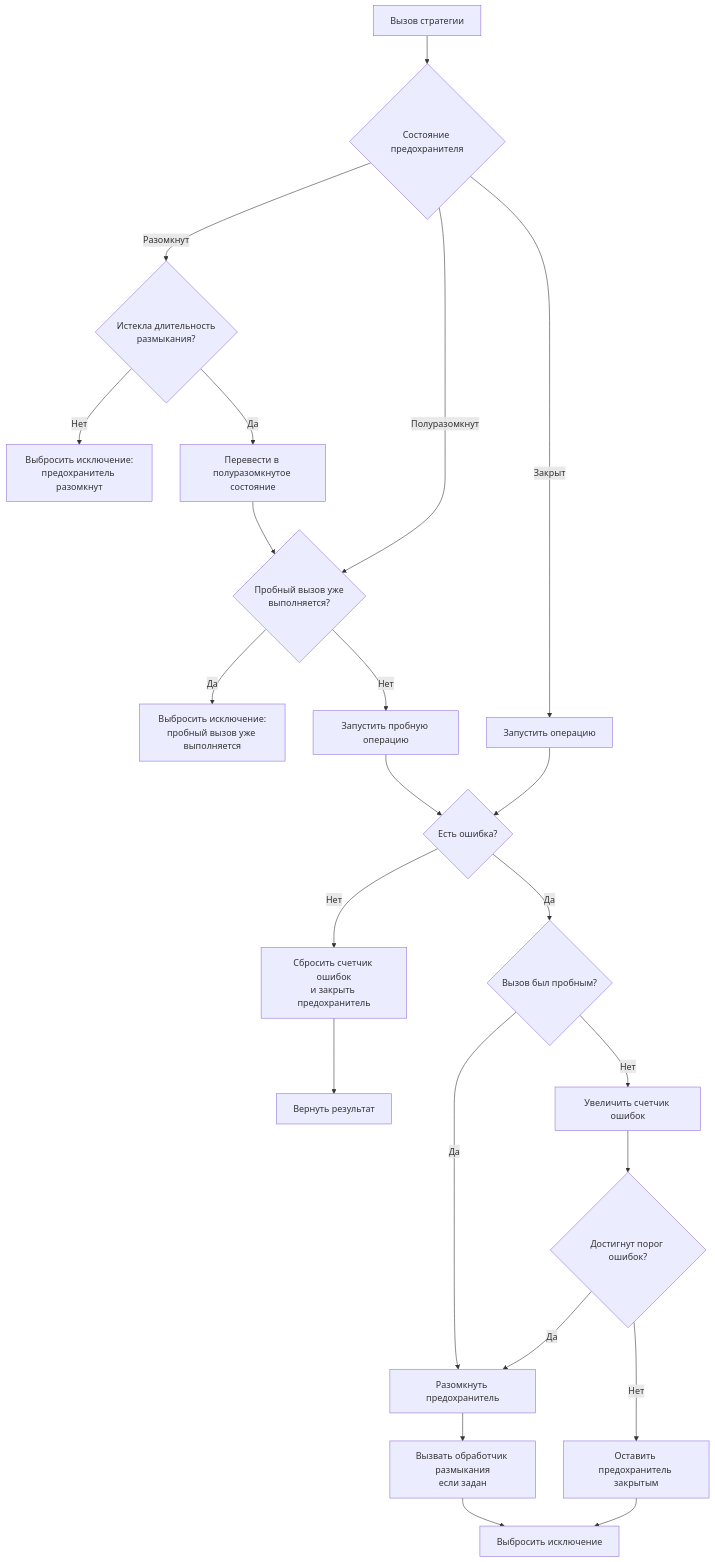
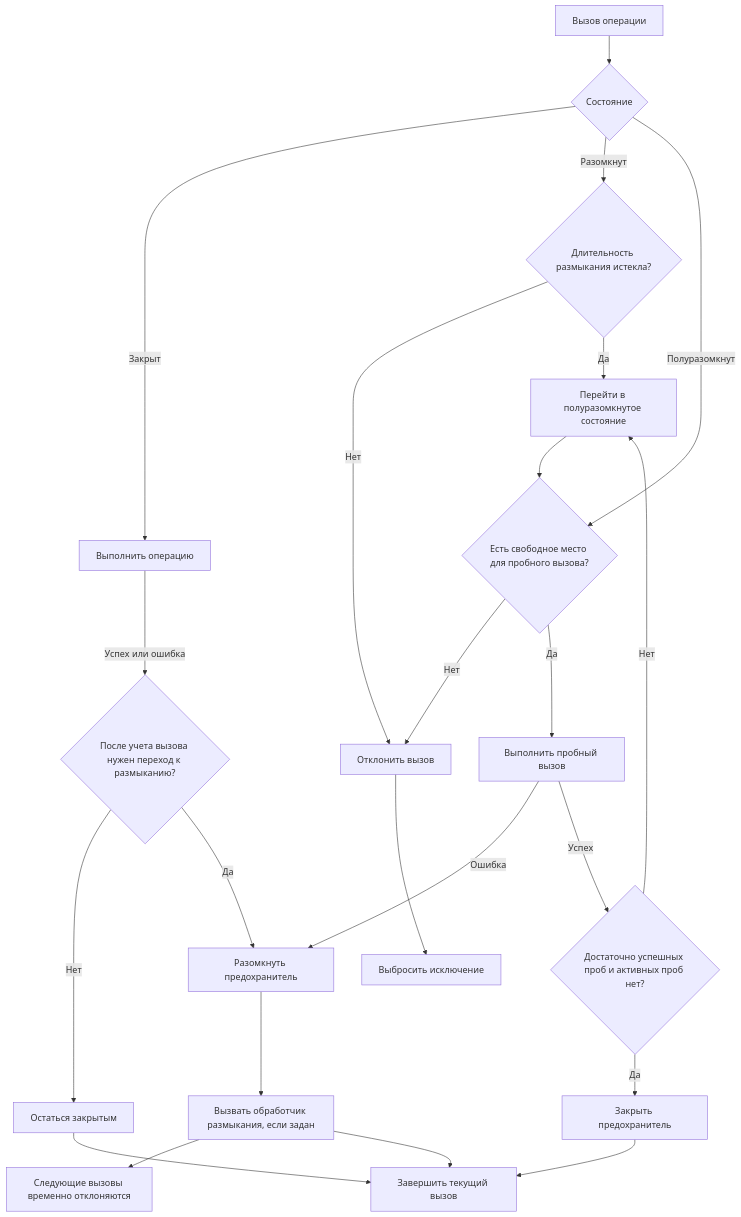
The diagram in docs/СтратегияПредохранителя.md (Stivo182/oscript-resilience), drawn with Mermaid before and after one commit. The commit also changed other lines of this file and 18 other files, not shown here.

First line of the commit message:
feat: Расширить стратегию предохранителя оконной оценкой ошибок и управляемыми пробными вызовами

````diff
--- a/docs/СтратегияПредохранителя.md
+++ b/docs/СтратегияПредохранителя.md
@@ -62,25 +42,30 @@
 ```mermaid
 flowchart TD
-    A[Вызов стратегии] --> B{Состояние предохранителя}
-    B -- Разомкнут --> C{Истекла длительность<br/>размыкания?}
-    C -- Нет --> D[Выбросить исключение:<br/>предохранитель разомкнут]
-    C -- Да --> E[Перевести в полуразомкнутое состояние]
-    E --> F{Пробный вызов уже<br/>выполняется?}
-    B -- Полуразомкнут --> F
-    F -- Да --> G[Выбросить исключение:<br/>пробный вызов уже выполняется]
-    F -- Нет --> H[Запустить пробную операцию]
-    B -- Закрыт --> I[Запустить операцию]
-    I --> J{Есть ошибка?}
-    H --> J
-    J -- Нет --> K[Сбросить счетчик ошибок<br/>и закрыть предохранитель]
-    K --> L[Вернуть результат]
-    J -- Да --> M{Вызов был пробным?}
-    M -- Да --> N[Разомкнуть предохранитель]
-    M -- Нет --> O[Увеличить счетчик ошибок]
-    O --> P{Достигнут порог ошибок?}
-    P -- Да --> N
-    P -- Нет --> Q[Оставить предохранитель закрытым]
-    N --> R[Вызвать обработчик размыкания<br/>если задан]
-    R --> S[Выбросить исключение]
-    Q --> S
+    A[Вызов операции] --> B{Состояние}
+
+    B -- Закрыт --> C[Выполнить операцию]
+    C -- Успех или ошибка --> E{После учета вызова нужен переход к размыканию?}
+    E -- Нет --> D[Остаться закрытым]
+    E -- Да --> F[Разомкнуть предохранитель]
+
+    B -- Разомкнут --> G{Длительность размыкания истекла?}
+    G -- Нет --> H[Отклонить вызов]
+    G -- Да --> I[Перейти в полуразомкнутое состояние]
+
+    B -- Полуразомкнут --> J{Есть свободное место для пробного вызова?}
+    I --> J
+    J -- Нет --> H
+    J -- Да --> K[Выполнить пробный вызов]
+
+    K -- Ошибка --> F
+    K -- Успех --> L{Достаточно успешных проб и активных проб нет?}
+    L -- Нет --> I
+    L -- Да --> P[Закрыть предохранитель]
+
+    F --> R[Вызвать обработчик размыкания, если задан]
+    R --> M[Следующие вызовы временно отклоняются]
+    R --> N[Завершить текущий вызов]
+    D --> N
+    P --> N
+    H --> O[Выбросить исключение]
 ```
````
